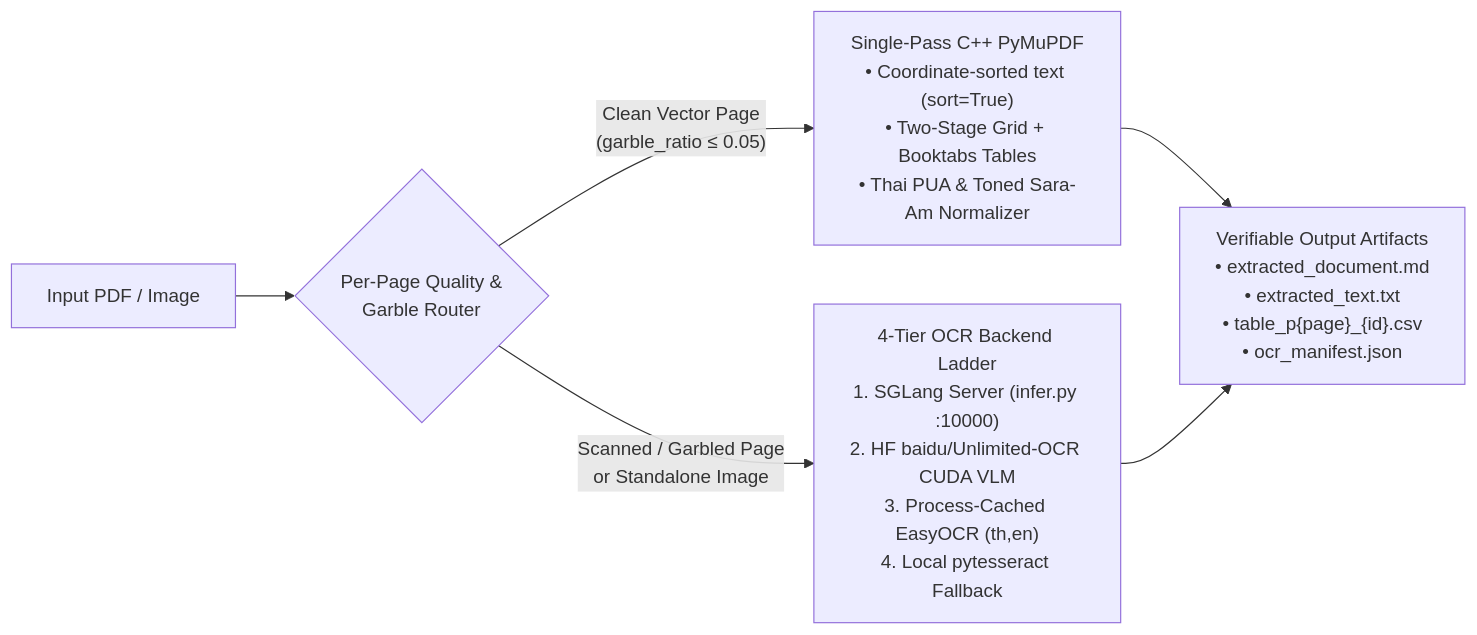
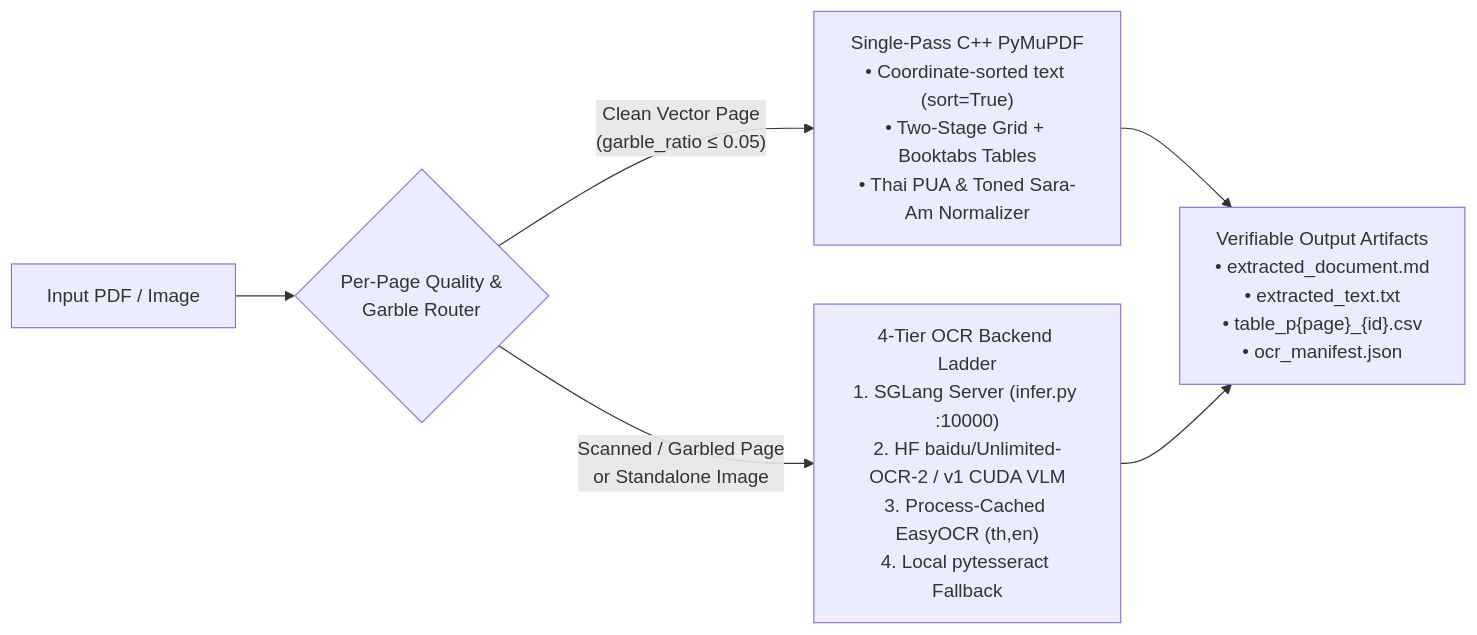
The diagram in skills/xocr/SKILL.md (iscvlab/boostx), drawn with Mermaid before and after one commit. The commit also changed other lines of this file and 1 other file, not shown here.

Commit message:
feat(xocr): add Unlimited-OCR-2 VLM auto-support and 3-rule booktabs resolver

````diff
--- a/skills/xocr/SKILL.md
+++ b/skills/xocr/SKILL.md
@@ -17,8 +17,8 @@
 ```mermaid
 flowchart LR
     In["Input PDF / Image"] --> Route{"Per-Page Quality &<br>Garble Router"}
     Route -->|"Clean Vector Page<br>(garble_ratio ≤ 0.05)"| Fast["Single-Pass C++ PyMuPDF<br>• Coordinate-sorted text (sort=True)<br>• Two-Stage Grid + Booktabs Tables<br>• Thai PUA & Toned Sara-Am Normalizer"]
-    Route -->|"Scanned / Garbled Page<br>or Standalone Image"| Ladder["4-Tier OCR Backend Ladder<br>1. SGLang Server (infer.py :10000)<br>2. HF baidu/Unlimited-OCR CUDA VLM<br>3. Process-Cached EasyOCR (th,en)<br>4. Local pytesseract Fallback"]
+    Route -->|"Scanned / Garbled Page<br>or Standalone Image"| Ladder["4-Tier OCR Backend Ladder<br>1. SGLang Server (infer.py :10000)<br>2. HF baidu/Unlimited-OCR-2 / v1 CUDA VLM<br>3. Process-Cached EasyOCR (th,en)<br>4. Local pytesseract Fallback"]
     Fast --> Out["Verifiable Output Artifacts<br>• extracted_document.md<br>• extracted_text.txt<br>• table_p{page}_{id}.csv<br>• ocr_manifest.json"]
     Ladder --> Out
 ```
````
